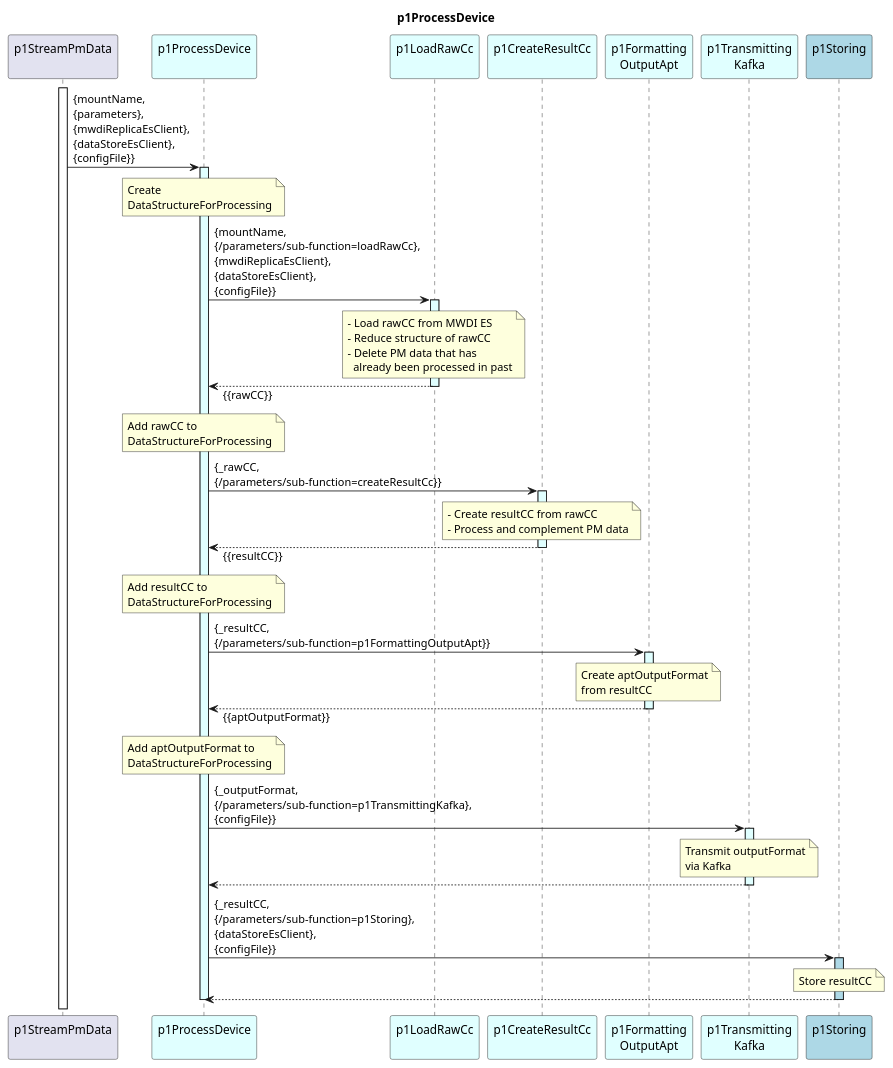
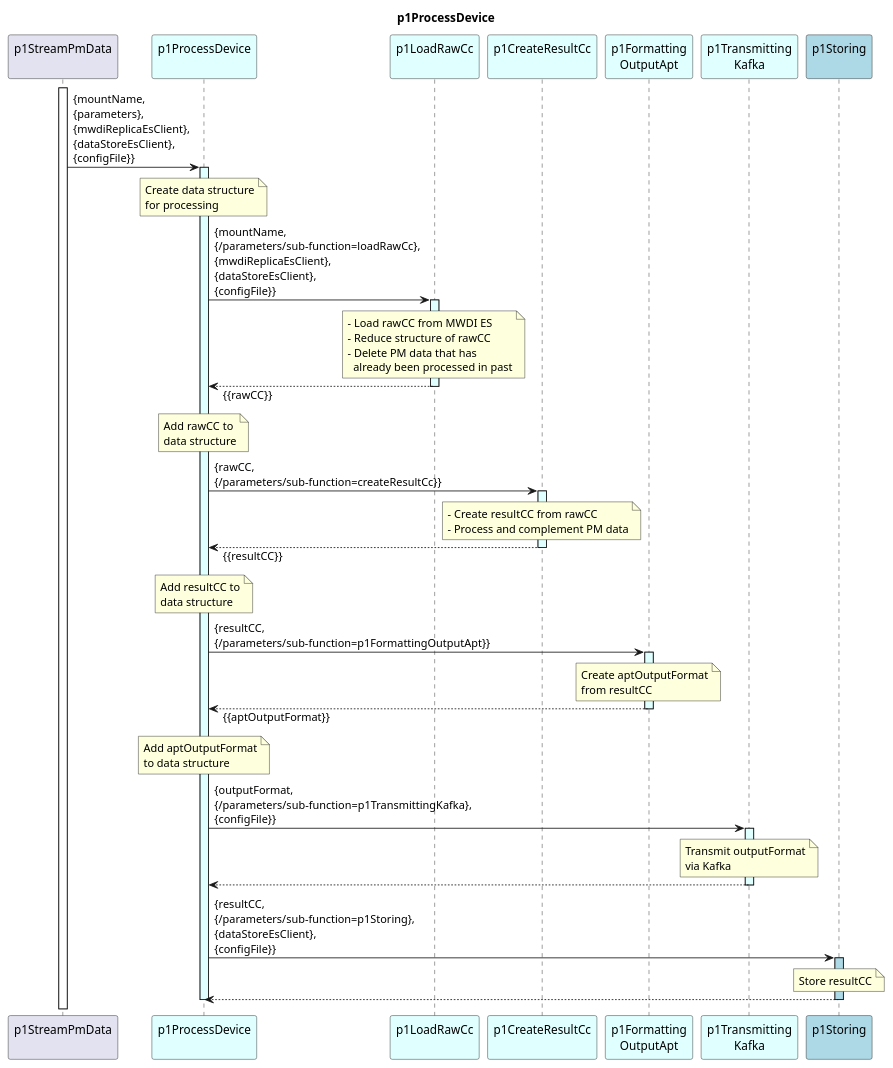
One commit to openBackhaul/DevicePerformanceManagementDataProcessor changed the diagram in spec/Functions/specificFunctions/p1StreamPmData/p1ProcessDevice/1.0.0/p1ProcessDevice.plantuml. Above: the diagram before and after it, drawn with PlantUML. The commit also changed 27 other files, not shown here.

```diff
--- a/spec/Functions/specificFunctions/p1StreamPmData/p1ProcessDevice/1.0.0/p1ProcessDevice.plantuml
+++ b/spec/Functions/specificFunctions/p1StreamPmData/p1ProcessDevice/1.0.0/p1ProcessDevice.plantuml
@@ -1,100 +1,100 @@
 @startuml p1ProcessDevice
 skinparam responseMessageBelowArrow true
 
 title
   p1ProcessDevice
 end title
 
 participant "p1StreamPmData\n" as requestor
 participant "p1ProcessDevice\n" as p1ProOrch #LightCyan
 participant "p1LoadRawCc\n" as p1AddRaw #LightCyan
 participant "p1CreateResultCc\n" as p1CRC #LightCyan
 participant "p1Formatting\nOutputApt" as p1Output #LightCyan
 participant "p1Transmitting\nKafka" as p1Trans #LightCyan
 participant "p1Storing\n" as p1Store #LightBlue
 
 
 activate requestor
 
 requestor -> p1ProOrch : {mountName,\n{parameters},\n{mwdiReplicaEsClient},\n{dataStoreEsClient},\n{configFile}}
 activate p1ProOrch #LightCyan
 
   note over p1ProOrch
-    Create
-    DataStructureForProcessing
+    Create data structure
+    for processing
   end note
 
   p1ProOrch -> p1AddRaw : {mountName,\n{/parameters/sub-function=loadRawCc},\n{mwdiReplicaEsClient},\n{dataStoreEsClient},\n{configFile}}
   activate p1AddRaw #LightCyan
 
     note over p1AddRaw
       - Load rawCC from MWDI ES
       - Reduce structure of rawCC
       - Delete PM data that has
         already been processed in past
     end note
 
   p1ProOrch <-- p1AddRaw : {{rawCC}}
   deactivate p1AddRaw
 
   note over p1ProOrch
     Add rawCC to
-    DataStructureForProcessing
+    data structure
   end note
 
-  p1ProOrch -> p1CRC : {_rawCC,\n{/parameters/sub-function=createResultCc}}
+  p1ProOrch -> p1CRC : {rawCC,\n{/parameters/sub-function=createResultCc}}
   activate p1CRC #LightCyan
 
     note over p1CRC
       - Create resultCC from rawCC
       - Process and complement PM data
     end note
 
   p1ProOrch <-- p1CRC : {{resultCC}}
   deactivate p1CRC
 
   note over p1ProOrch
     Add resultCC to
-    DataStructureForProcessing
+    data structure
   end note
 
-  p1ProOrch -> p1Output : {_resultCC,\n{/parameters/sub-function=p1FormattingOutputApt}}
+  p1ProOrch -> p1Output : {resultCC,\n{/parameters/sub-function=p1FormattingOutputApt}}
   activate p1Output #LightCyan
 
     note over p1Output
       Create aptOutputFormat
       from resultCC
     end note
 
   p1ProOrch <-- p1Output : {{aptOutputFormat}}
   deactivate p1Output
 
   note over p1ProOrch
-    Add aptOutputFormat to
-    DataStructureForProcessing
+    Add aptOutputFormat
+    to data structure
   end note
 
-  p1ProOrch -> p1Trans : {_outputFormat,\n{/parameters/sub-function=p1TransmittingKafka},\n{configFile}}
+  p1ProOrch -> p1Trans : {outputFormat,\n{/parameters/sub-function=p1TransmittingKafka},\n{configFile}}
   activate p1Trans #LightCyan
 
     note over p1Trans
       Transmit outputFormat
       via Kafka
     end note
 
   p1ProOrch <-- p1Trans
   deactivate p1Trans
 
-  p1ProOrch -> p1Store : {_resultCC,\n{/parameters/sub-function=p1Storing},\n{dataStoreEsClient},\n{configFile}}
+  p1ProOrch -> p1Store : {resultCC,\n{/parameters/sub-function=p1Storing},\n{dataStoreEsClient},\n{configFile}}
   activate p1Store #LightBlue
 
     note over p1Store
       Store resultCC
     end note
 
   p1ProOrch <-- p1Store
   deactivate p1Store
 
 deactivate p1ProOrch
 
 @enduml
```
